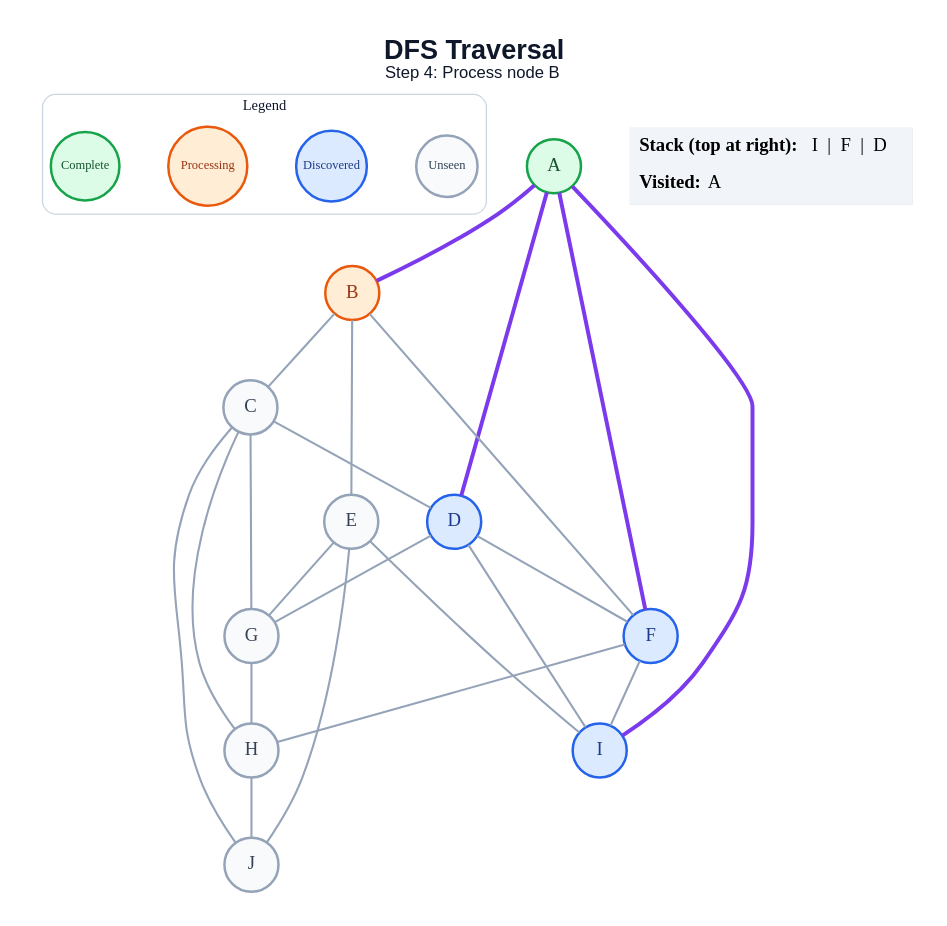
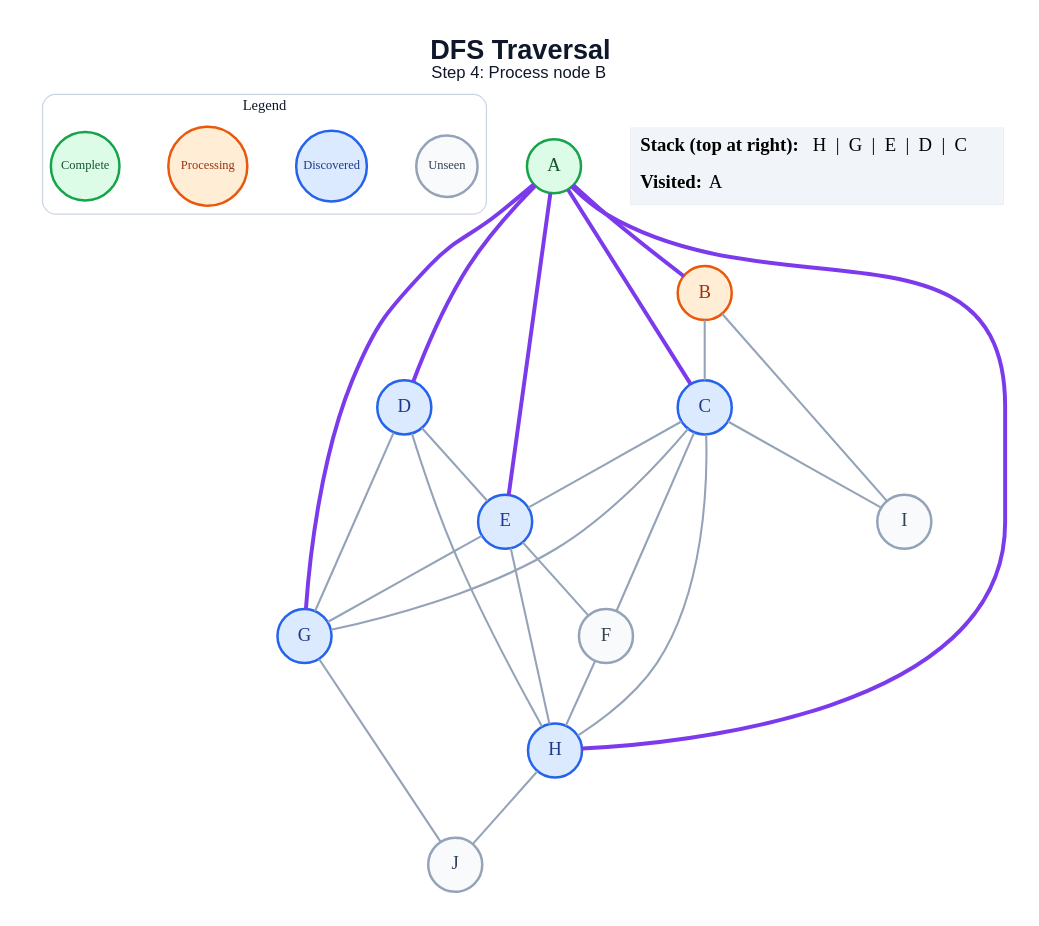
The diagram in generated/dfs/step_04.dot (amanghodawala9/ai-slop), drawn with Graphviz before and after one commit. The commit also changed 178 other files, not shown here.

```diff
--- a/generated/dfs/step_04.dot
+++ b/generated/dfs/step_04.dot
@@ -1,50 +1,51 @@
 graph traversal {
   graph [layout=dot, rankdir=TB, bgcolor="#FFFFFF", pad="0.35", nodesep="0.65", ranksep="0.8", fontname="Arial"];
   node [shape=circle, style="filled", fontname="Arial Bold", fontsize=18, width=0.72, fixedsize=true, penwidth=2.4];
   edge [color="#94A3B8", penwidth=2.0];
   label=<<B>DFS Traversal</B><BR/><FONT POINT-SIZE="16">Step 4: Process node B</FONT>>; labelloc="t"; fontsize=26; fontname="Arial"; fontcolor="#0F172A";
   subgraph cluster_legend { label="Legend"; color="#CBD5E1"; penwidth=1.2; style="rounded"; fontsize=14; fontname="Arial Bold";
     key_unseen [label="Unseen", fillcolor="#F8FAFC", color="#94A3B8", fontcolor="#334155", fontsize=12, width=0.82];
     key_frontier [label="Discovered", fillcolor="#DBEAFE", color="#2563EB", fontcolor="#1E3A8A", fontsize=12, width=0.95];
     key_current [label="Processing", fillcolor="#FFEDD5", color="#EA580C", fontcolor="#9A3412", fontsize=12, width=1.05];
     key_done [label="Complete", fillcolor="#DCFCE7", color="#16A34A", fontcolor="#14532D", fontsize=12, width=0.92];
     { rank=same; key_unseen; key_frontier; key_current; key_done; }
   }
   A [fillcolor="#DCFCE7", color="#16A34A", fontcolor="#14532D"];
   B [fillcolor="#FFEDD5", color="#EA580C", fontcolor="#9A3412"];
-  C [fillcolor="#F8FAFC", color="#94A3B8", fontcolor="#334155"];
+  C [fillcolor="#DBEAFE", color="#2563EB", fontcolor="#1E3A8A"];
   D [fillcolor="#DBEAFE", color="#2563EB", fontcolor="#1E3A8A"];
-  E [fillcolor="#F8FAFC", color="#94A3B8", fontcolor="#334155"];
-  F [fillcolor="#DBEAFE", color="#2563EB", fontcolor="#1E3A8A"];
-  G [fillcolor="#F8FAFC", color="#94A3B8", fontcolor="#334155"];
-  H [fillcolor="#F8FAFC", color="#94A3B8", fontcolor="#334155"];
-  I [fillcolor="#DBEAFE", color="#2563EB", fontcolor="#1E3A8A"];
+  E [fillcolor="#DBEAFE", color="#2563EB", fontcolor="#1E3A8A"];
+  F [fillcolor="#F8FAFC", color="#94A3B8", fontcolor="#334155"];
+  G [fillcolor="#DBEAFE", color="#2563EB", fontcolor="#1E3A8A"];
+  H [fillcolor="#DBEAFE", color="#2563EB", fontcolor="#1E3A8A"];
+  I [fillcolor="#F8FAFC", color="#94A3B8", fontcolor="#334155"];
   J [fillcolor="#F8FAFC", color="#94A3B8", fontcolor="#334155"];
   A -- B [color="#7C3AED", penwidth=3.8];
+  A -- C [color="#7C3AED", penwidth=3.8];
   A -- D [color="#7C3AED", penwidth=3.8];
-  A -- F [color="#7C3AED", penwidth=3.8];
-  A -- I [color="#7C3AED", penwidth=3.8];
+  A -- E [color="#7C3AED", penwidth=3.8];
+  A -- G [color="#7C3AED", penwidth=3.8];
+  A -- H [color="#7C3AED", penwidth=3.8];
   B -- C;
-  B -- E;
-  B -- F;
-  C -- D;
+  B -- I;
+  C -- E;
+  C -- F;
   C -- G;
   C -- H;
-  C -- J;
-  D -- F;
+  C -- I;
+  D -- E;
   D -- G;
-  D -- I;
+  D -- H;
+  E -- F;
   E -- G;
-  E -- I;
-  E -- J;
+  E -- H;
   F -- H;
-  F -- I;
-  G -- H;
+  G -- J;
   H -- J;
   status [shape=plain, fixedsize=false, width=0, height=0, margin=0, label=<
     <TABLE BORDER="0" CELLBORDER="0" CELLPADDING="7" BGCOLOR="#F1F5F9">
-      <TR><TD ALIGN="LEFT"><B>Stack (top at right):</B> I  |  F  |  D</TD></TR>
+      <TR><TD ALIGN="LEFT"><B>Stack (top at right):</B> H  |  G  |  E  |  D  |  C</TD></TR>
       <TR><TD ALIGN="LEFT"><B>Visited:</B> A</TD></TR>
     </TABLE>
   >];
 }
```
